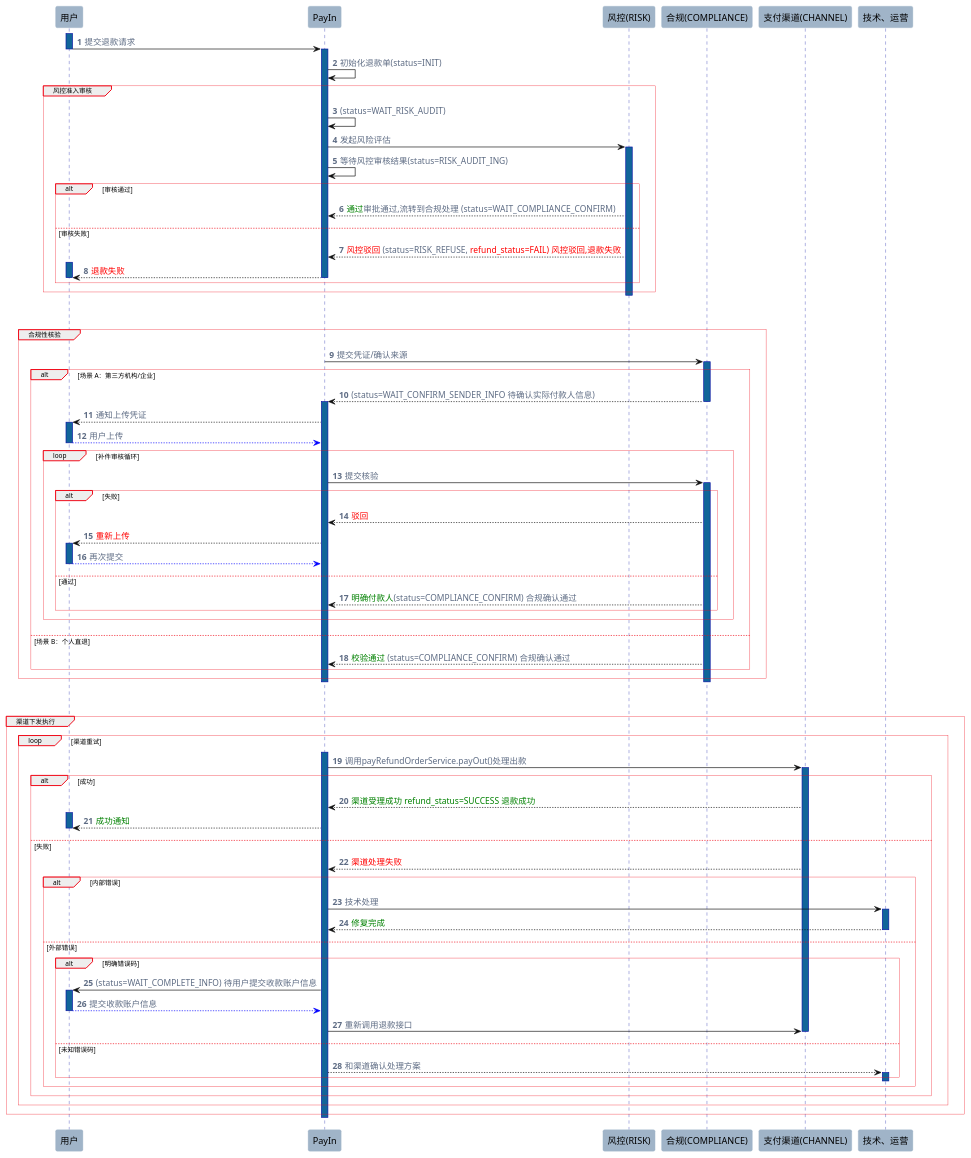
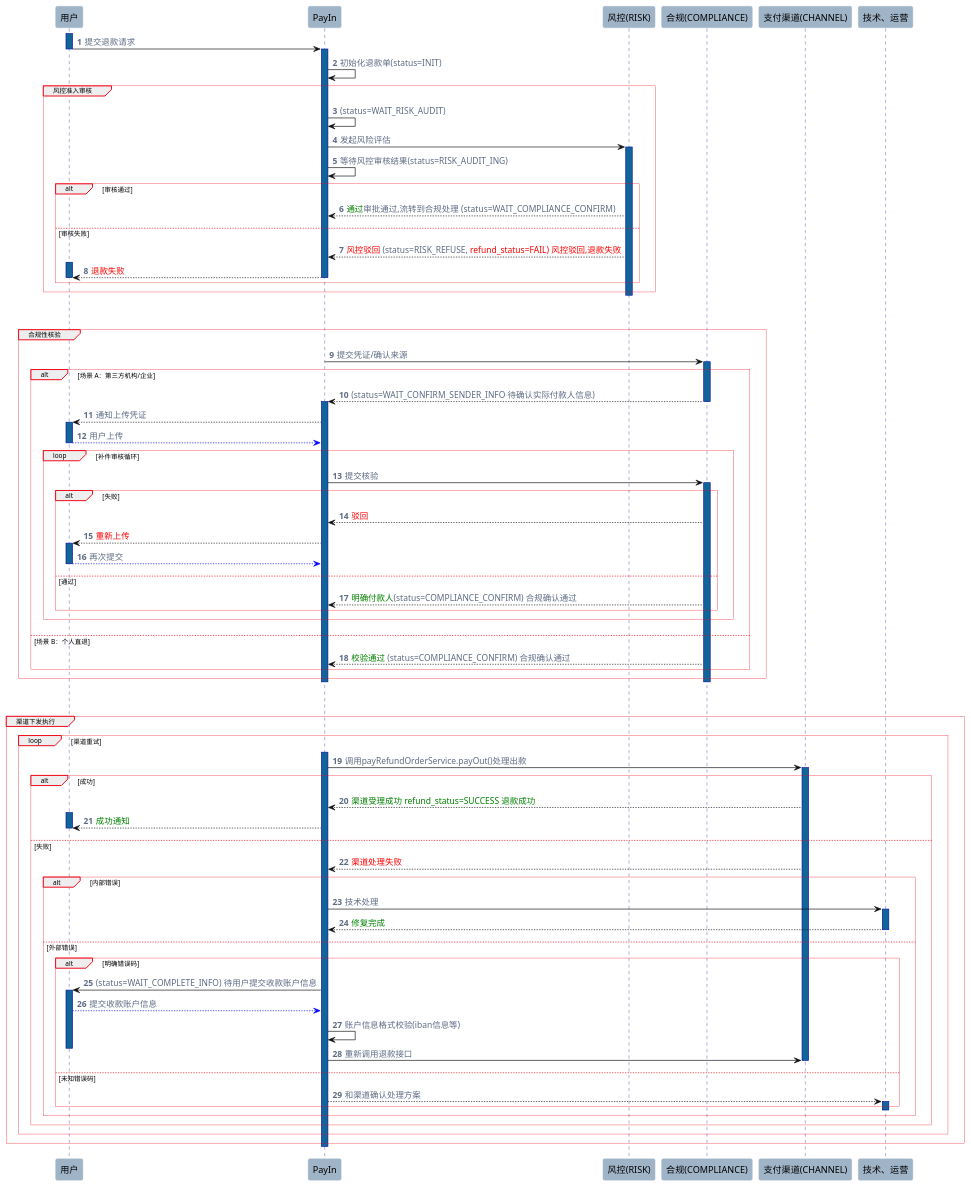
The diagram in refund.puml (lancelothuxi/mock-runner-plugin), drawn with PlantUML before and after one commit.

```diff
--- a/refund.puml
+++ b/refund.puml
@@ -1,138 +1,139 @@
 @startuml
 !pragma teoz true
 
 skinparam sequenceGroupHeaderFontStyle plain
 skinparam sequence {
   LifeLineBorderColor #0a14a4ff
   LifeLineBorderThickness 2
   LifeLineBackgroundColor #116599ff
   ParticipantBorderColor #A0B4C8
   ParticipantBackgroundColor #A0B4C8
   GroupHeaderFontSize 10
   GroupBorderColor #f00817ff
   GroupBorderThickness 0.5
 }
 
 skinparam sequenceGroupFontSize 10
 skinparam SequenceGroupFontStyle plain
 skinparam sequenceGroupHeaderFontSize 10
 
 
 skinparam Arrow {
   color #0e0f0fff
   thickness 1
   fontColor #5E6C84
 }
 
 skinparam Note {
   backgroundColor #E6F0FF
   borderColor #A4C6FF
   fontColor #1F2328
   roundCorner 6
 }
 
 participant "用户" as User
 participant "PayIn" as Payin
 participant "风控(RISK)" as Risk
 participant "合规(COMPLIANCE)" as Compliance
 participant "支付渠道(CHANNEL)" as Channel
 participant "技术、运营" as Ops
 
 autonumber
 
 activate User
 User -> Payin: 提交退款请求
 deactivate User
 
 activate Payin
 Payin -> Payin: 初始化退款单(status=INIT)
 
 group 风控准入审核
   Payin -> Payin: (status=WAIT_RISK_AUDIT)
   Payin -> Risk++: 发起风险评估
   Payin -> Payin: 等待风控审核结果(status=RISK_AUDIT_ING)
 
   alt 审核通过
     Risk --> Payin: <color:green>通过</color>审批通过,流转到合规处理 (status=WAIT_COMPLIANCE_CONFIRM)
   else 审核失败
     Risk --> Payin: <color:red>风控驳回</color> (status=RISK_REFUSE, <color:red>refund_status=FAIL) 风控驳回,退款失败
     User++
     Payin --> User--: <color:red>退款失败</color>
     User--
   end
     Risk--
 end
 deactivate Payin
 
 ||40||
 
 group 合规性核验
   Payin -> Compliance++: 提交凭证/确认来源
 
   alt 场景 A：第三方机构/企业
     Compliance --> Payin++: (status=WAIT_CONFIRM_SENDER_INFO 待确认实际付款人信息)
     Compliance--
     Payin --> User++: 通知上传凭证
     User --[#blue]> Payin: 用户上传
     User--
 
     loop 补件审核循环
       Payin -> Compliance++: 提交核验
       alt 失败
         Compliance --> Payin: <color:red>驳回</color>
         Payin --> User++: <color:red>重新上传</color>
         User --[#blue]> Payin: 再次提交
         User--
       else 通过
         Compliance --> Payin: <color:green>明确付款人</color>(status=COMPLIANCE_CONFIRM) 合规确认通过
       end
     end
   else 场景 B：个人直退
     Compliance --> Payin: <color:green>校验通过</color> (status=COMPLIANCE_CONFIRM) 合规确认通过
   end
   Compliance--
   Payin--
 end
 
 ||40||
 
 group 渠道下发执行
   loop 渠道重试
     Payin++
     Payin -> Channel++: 调用payRefundOrderService.payOut()处理出款
 
     alt 成功
       Channel --> Payin: <color:green>渠道受理成功 refund_status=SUCCESS 退款成功</color>
       User++
       Payin --> User: <color:green>成功通知</color>
       User--
     else 失败
       Channel --> Payin: <color:red>渠道处理失败</color>
       alt 内部错误
         Payin -> Ops++: 技术处理
         Ops --> Payin: <color:green>修复完成</color>
         Ops--
       else 外部错误
         alt 明确错误码
              Payin -> User++: (status=WAIT_COMPLETE_INFO) 待用户提交收款账户信息
              User --[#blue]> Payin: 提交收款账户信息
+             Payin -> Payin: 账户信息格式校验(iban信息等)
              User--
              Payin-> Channel: 重新调用退款接口
              Channel--
         else 未知错误码
             Payin --> Ops: 和渠道确认处理方案
             Ops++
             Ops--
             User--
         end
 
       end
     end
     Channel--
   end
   Payin--
 end
 
 deactivate Payin
 
 @enduml
```
